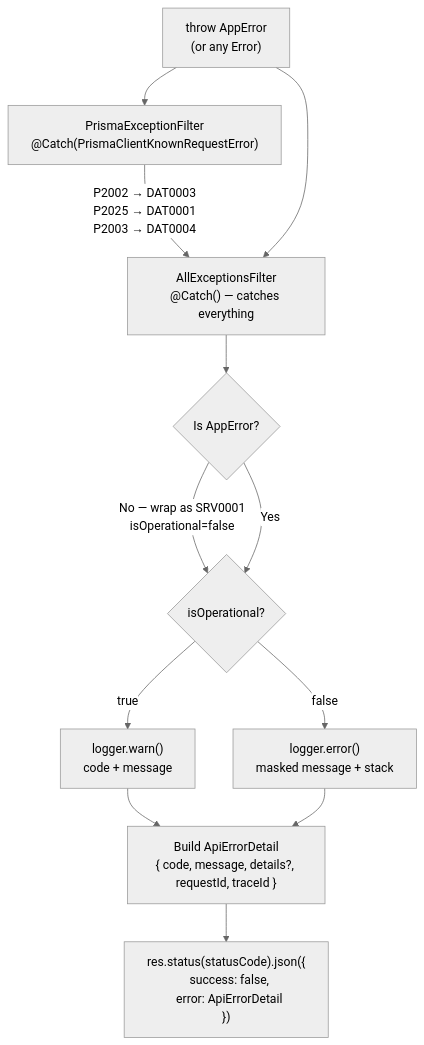
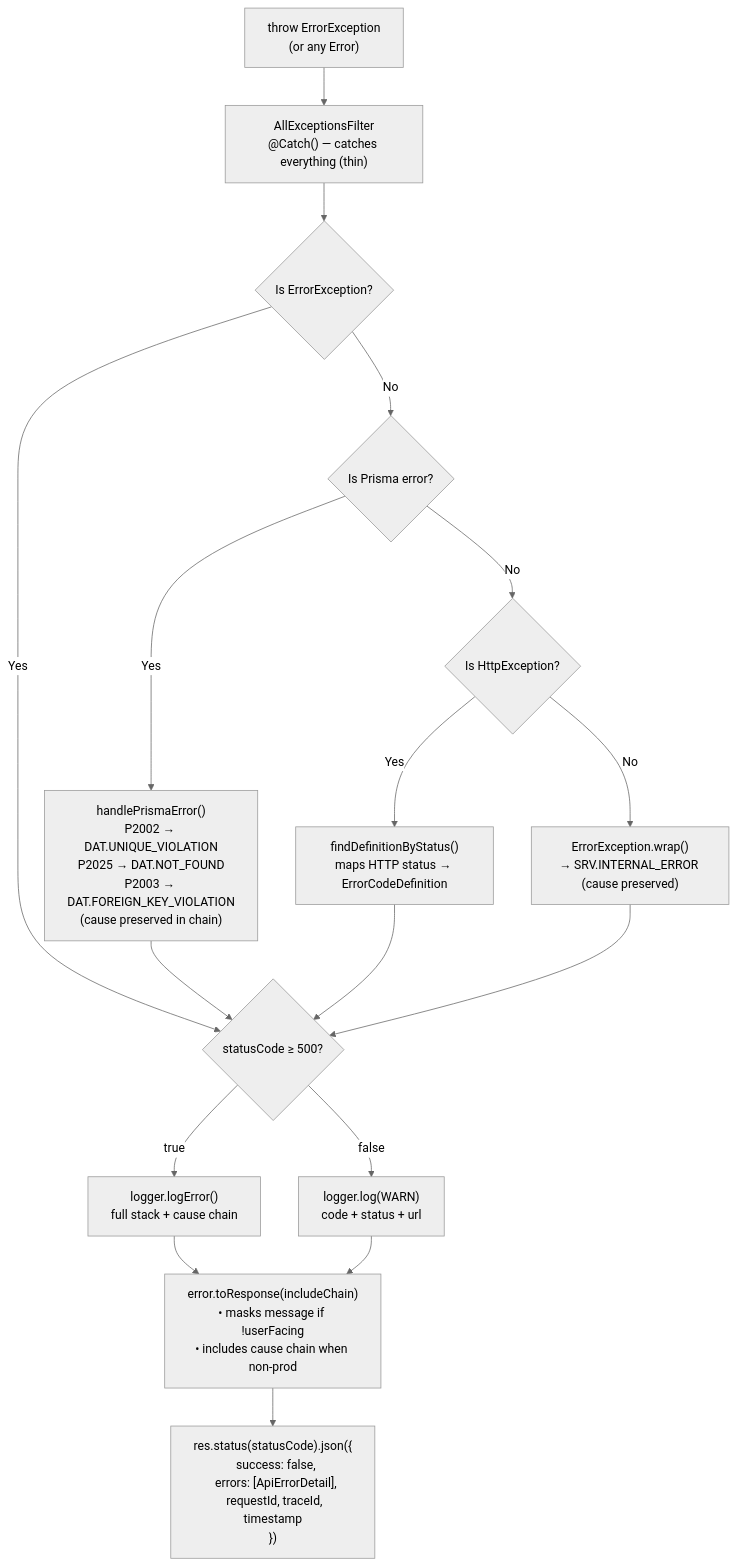
One commit to gauravprwl14/nestjs-boilerplate changed the diagram in docs/diagrams/error-handling-flow.md. Above: the diagram before and after it, drawn with Mermaid (neutral theme). The commit also changed other lines of this file and 6 other files, not shown here.

````diff
--- a/docs/diagrams/error-handling-flow.md
+++ b/docs/diagrams/error-handling-flow.md
@@ -8,24 +10,28 @@
 ```mermaid
 flowchart TD
-    Throw["throw AppError\n(or any Error)"]
-    PrismaFilter["PrismaExceptionFilter\n@Catch(PrismaClientKnownRequestError)"]
-    AllFilter["AllExceptionsFilter\n@Catch() — catches everything"]
-    IsAppError{Is AppError?}
-    IsOperational{isOperational?}
-    LogWarn["logger.warn()\ncode + message"]
-    LogError["logger.error()\nmasked message + stack"]
-    BuildResponse["Build ApiErrorDetail\n{ code, message, details?, requestId, traceId }"]
-    Send["res.status(statusCode).json({\n  success: false,\n  error: ApiErrorDetail\n})"]
+    Throw["throw ErrorException\n(or any Error)"]
+    AllFilter["AllExceptionsFilter\n@Catch() — catches everything (thin)"]
+    IsErrorException{"Is ErrorException?"}
+    IsPrisma{"Is Prisma error?"}
+    IsHttp{"Is HttpException?"}
+    PrismaHandler["handlePrismaError()\nP2002 → DAT.UNIQUE_VIOLATION\nP2025 → DAT.NOT_FOUND\nP2003 → DAT.FOREIGN_KEY_VIOLATION\n(cause preserved in chain)"]
+    StatusMap["findDefinitionByStatus()\nmaps HTTP status → ErrorCodeDefinition"]
+    Wrap["ErrorException.wrap()\n→ SRV.INTERNAL_ERROR (cause preserved)"]
+    Is5xx{"statusCode ≥ 500?"}
+    LogWarn["logger.log(WARN)\ncode + status + url"]
+    LogError["logger.logError()\nfull stack + cause chain"]
+    ToResponse["error.toResponse(includeChain)\n• masks message if !userFacing\n• includes cause chain when non-prod"]
+    Send["res.status(statusCode).json({\n  success: false,\n  errors: [ApiErrorDetail],\n  requestId, traceId, timestamp\n})"]
 
-    Throw --> PrismaFilter
-    PrismaFilter -->|"P2002 → DAT0003\nP2025 → DAT0001\nP2003 → DAT0004"| AllFilter
     Throw --> AllFilter
-    AllFilter --> IsAppError
-    IsAppError -->|"No — wrap as SRV0001\nisOperational=false"| IsOperational
-    IsAppError -->|"Yes"| IsOperational
-    IsOperational -->|"true"| LogWarn
-    IsOperational -->|"false"| LogError
-    LogWarn --> BuildResponse
-    LogError --> BuildResponse
-    BuildResponse --> Send
+    AllFilter --> IsErrorException
+    IsErrorException -->|"Yes"| Is5xx
+    IsErrorException -->|"No"| IsPrisma
+    IsPrisma -->|"Yes"| PrismaHandler --> Is5xx
+    IsPrisma -->|"No"| IsHttp
+    IsHttp -->|"Yes"| StatusMap --> Is5xx
+    IsHttp -->|"No"| Wrap --> Is5xx
+    Is5xx -->|"true"| LogError --> ToResponse
+    Is5xx -->|"false"| LogWarn --> ToResponse
+    ToResponse --> Send
 ```
````
